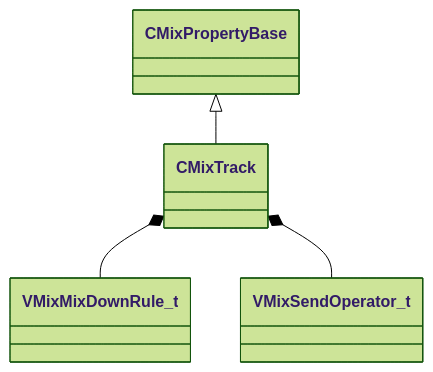
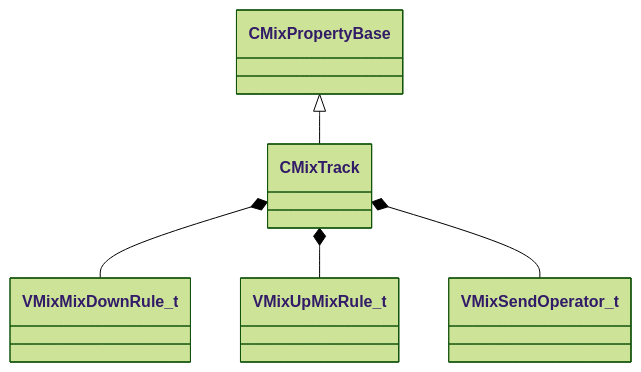
The diagram in docs/generated/schemas/sounddoc_lib/CMixTrack.md (CS2OpenDev/CS2OpenDev-Docs), drawn with Mermaid (forest theme) before and after one commit. The commit also changed other lines of this file and 4318 other files, not shown here.

Commit message:
docs: regenerate for SchemaTracker build 26144732 [skip ci]

````diff
--- a/docs/generated/schemas/sounddoc_lib/CMixTrack.md
+++ b/docs/generated/schemas/sounddoc_lib/CMixTrack.md
@@ -21,6 +21,7 @@
 ```mermaid
 classDiagram
     CMixPropertyBase <|-- CMixTrack
     CMixTrack *-- VMixMixDownRule_t
+    CMixTrack *-- VMixUpMixRule_t
     CMixTrack *-- VMixSendOperator_t
 ```
````
